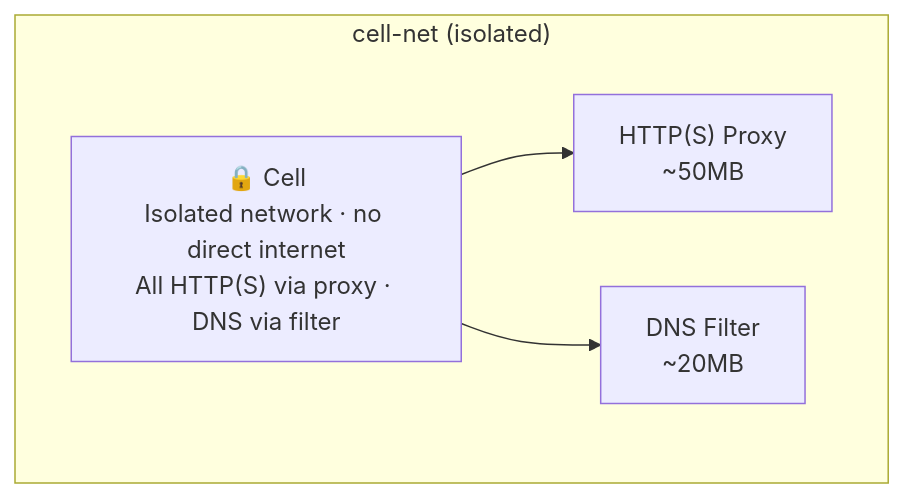
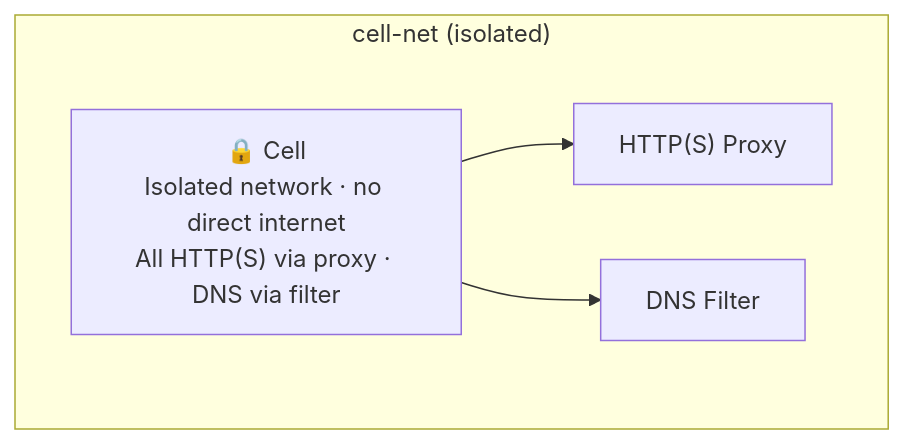
One commit to kashyaprpuranik/cagent changed the first of 4 diagrams in README.md. Above: the diagram before and after it, drawn with Mermaid.

Commit message:
Remove inaccurate image size annotations from Minimal diagram

````diff
--- a/README.md
+++ b/README.md
@@ -89,10 +89,10 @@
 ```mermaid
 graph TD
     subgraph cellnet["cell-net (isolated)"]
         Cell["🔒 Cell<br/>Isolated network · no direct internet<br/>All HTTP(S) via proxy · DNS via filter"]
-        HP["HTTP(S) Proxy<br/>~50MB"]
-        DNS["DNS Filter<br/>~20MB"]
+        HP["HTTP(S) Proxy"]
+        DNS["DNS Filter"]
         Cell --> HP
         Cell --> DNS
     end
 ```
````
